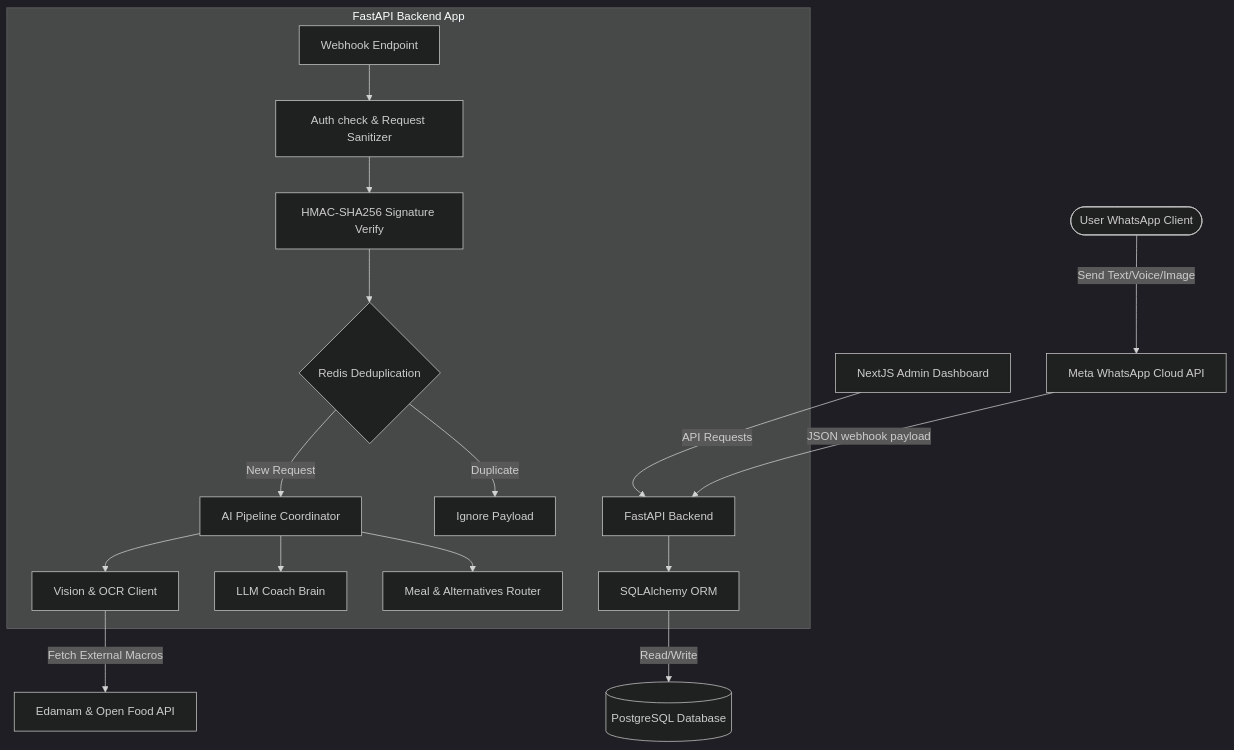
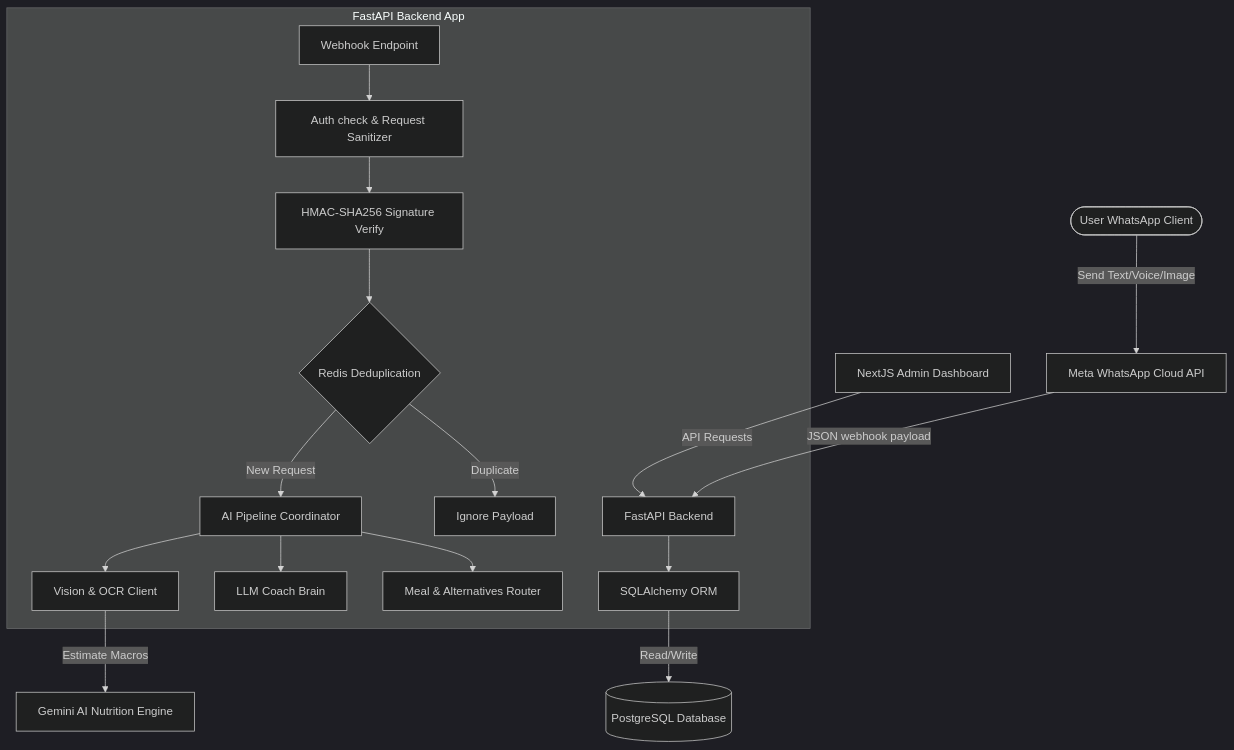
Before and after one commit to Tejas190605/NutriChat-AI: the first of 8 diagrams in ARCHITECTURE.md, drawn with Mermaid (dark theme). The commit also changed other lines of this file and 10 other files, not shown here.

Commit message:
Replace Edamam with Gemini Nutrition Engine

````diff
--- a/ARCHITECTURE.md
+++ b/ARCHITECTURE.md
@@ -14,23 +14,23 @@
 ```mermaid
 graph TD
     User([User WhatsApp Client]) -->|Send Text/Voice/Image| MetaWhatsAppAPI[Meta WhatsApp Cloud API]
     MetaWhatsAppAPI -->|JSON webhook payload| FastAPI[FastAPI Backend]
     
     subgraph FastAPI Backend App
         API_Route[Webhook Endpoint] --> Auth[Auth check & Request Sanitizer]
         Auth --> SignatureVerify[HMAC-SHA256 Signature Verify]
         SignatureVerify --> Caching{Redis Deduplication}
         Caching -->|New Request| AIPipeline[AI Pipeline Coordinator]
         Caching -->|Duplicate| Ignore[Ignore Payload]
         
         AIPipeline --> VisionEngine[Vision & OCR Client]
         AIPipeline --> LLMEngine[LLM Coach Brain]
         AIPipeline --> RecommendationEngine[Meal & Alternatives Router]
         
         FastAPI --> SQLAlchemy[SQLAlchemy ORM]
     end
 
     SQLAlchemy -->|Read/Write| PostgreSQL[(PostgreSQL Database)]
-    VisionEngine -->|Fetch External Macros| Edamam[Edamam & Open Food API]
+    VisionEngine -->|Estimate Macros| GeminiNutrition[Gemini AI Nutrition Engine]
     NextJS[NextJS Admin Dashboard] -->|API Requests| FastAPI
 ```
````
